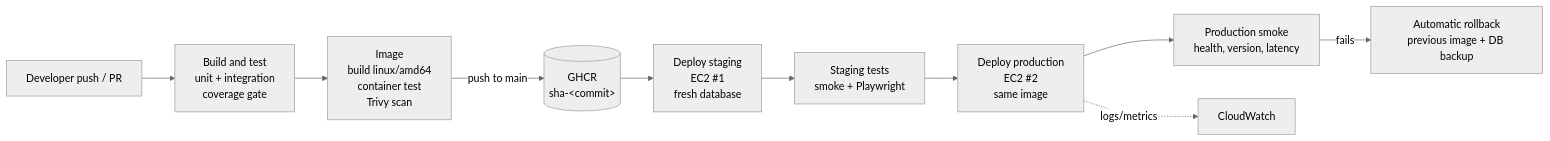
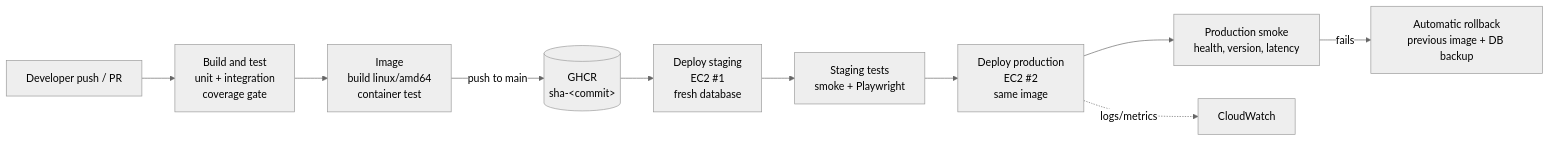
The diagram in docs/PIPELINE.md (Aqeel-Kareem-cyber/SWE40006-TaskTracker), drawn with Mermaid (neutral theme) before and after one commit. The commit also changed other lines of this file and 1 other file, not shown here.

Commit message:
Remove Trivy scan step (action tag not resolvable)

````diff
--- a/docs/PIPELINE.md
+++ b/docs/PIPELINE.md
@@ -9,12 +9,12 @@
 ```mermaid
 flowchart LR
   dev[Developer push / PR] --> bt[Build and test<br/>unit + integration<br/>coverage gate]
-  bt --> img[Image<br/>build linux/amd64<br/>container test<br/>Trivy scan]
+  bt --> img[Image<br/>build linux/amd64<br/>container test]
   img -->|push to main| ghcr[(GHCR<br/>sha-&lt;commit&gt;)]
   ghcr --> stg[Deploy staging<br/>EC2 #1<br/>fresh database]
   stg --> st[Staging tests<br/>smoke + Playwright]
   st --> prod[Deploy production<br/>EC2 #2<br/>same image]
   prod --> smoke[Production smoke<br/>health, version, latency]
   smoke -->|fails| rb[Automatic rollback<br/>previous image + DB backup]
   prod -. logs/metrics .-> cw[CloudWatch]
 ```
````
